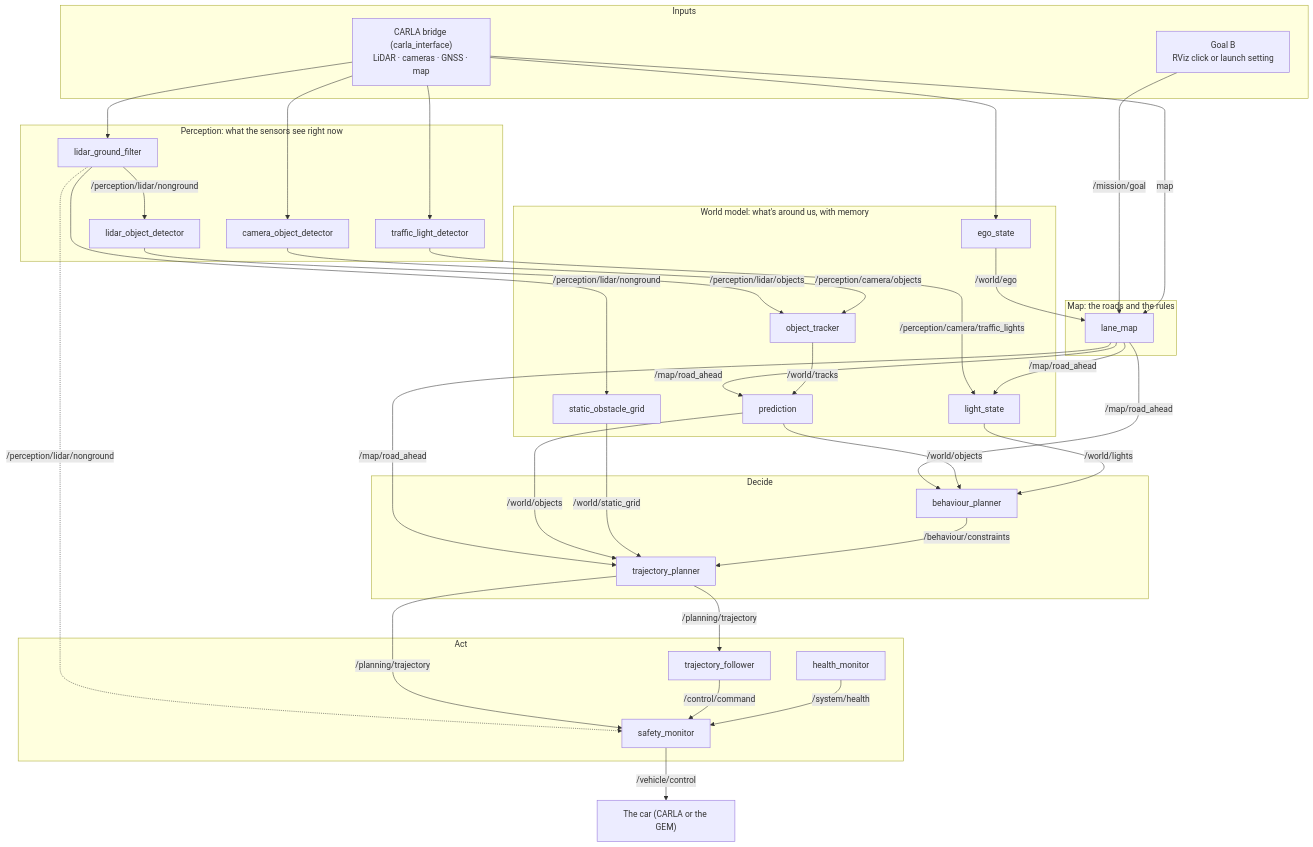
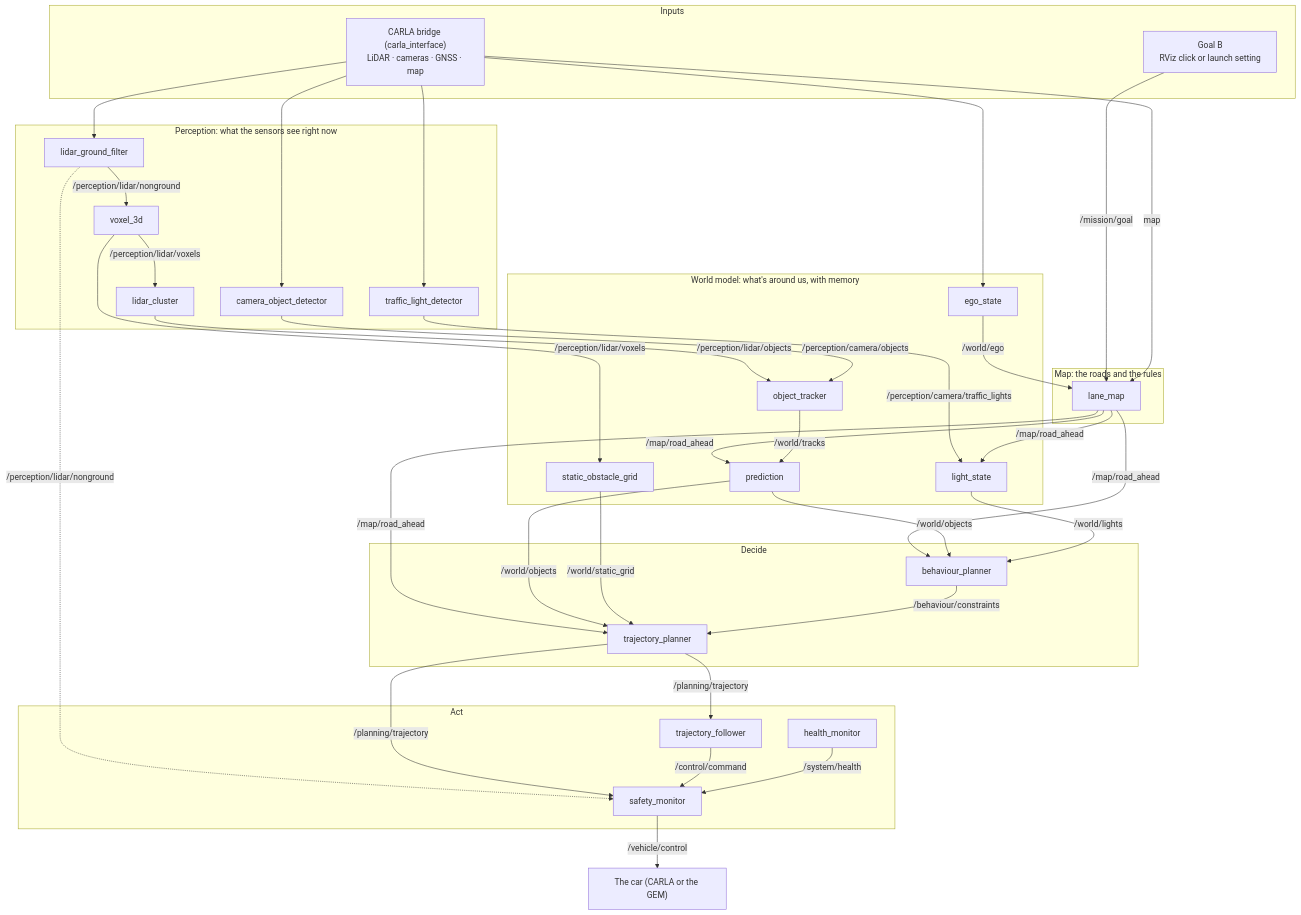
The diagram in src/README.md (Nova-UTD/navigator_2026), drawn with Mermaid before and after one commit. The commit also changed other lines of this file and 19 other files, not shown here.

````diff
--- a/src/README.md
+++ b/src/README.md
@@ -28,52 +25,54 @@
 ```mermaid
 flowchart TD
   subgraph IN["Inputs"]
     BR["CARLA bridge (carla_interface)<br/>LiDAR · cameras · GNSS · map"]
     GOAL["Goal B<br/>RViz click or launch setting"]
   end
   subgraph MAP["Map: the roads and the rules"]
     LM["lane_map"]
   end
   subgraph PER["Perception: what the sensors see right now"]
     GF["lidar_ground_filter"]
-    LOD["lidar_object_detector"]
+    VX["voxel_3d"]
+    LC["lidar_cluster"]
     COD["camera_object_detector"]
     TLD["traffic_light_detector"]
   end
   subgraph WM["World model: what's around us, with memory"]
     EGO["ego_state"]
     SG["static_obstacle_grid"]
     TR["object_tracker"]
     PR["prediction"]
     LS["light_state"]
   end
   subgraph DEC["Decide"]
     BH["behaviour_planner"]
     TP["trajectory_planner"]
   end
   subgraph ACT["Act"]
     TF["trajectory_follower"]
     SM["safety_monitor"]
     HM["health_monitor"]
   end
   CAR["The car (CARLA or the GEM)"]
   GOAL -->|/mission/goal| LM
   BR -->|map| LM
   BR --> GF & COD & TLD & EGO
   EGO -->|/world/ego| LM
-  GF -->|/perception/lidar/nonground| LOD & SG
+  GF -->|/perception/lidar/nonground| VX
+  VX -->|/perception/lidar/voxels| LC & SG
   GF -.->|/perception/lidar/nonground| SM
-  LOD -->|/perception/lidar/objects| TR
+  LC -->|/perception/lidar/objects| TR
   COD -->|/perception/camera/objects| TR
   TLD -->|/perception/camera/traffic_lights| LS
   LM -->|/map/road_ahead| LS & PR & BH & TP
   TR -->|/world/tracks| PR
   PR -->|/world/objects| BH & TP
   LS -->|/world/lights| BH
   SG -->|/world/static_grid| TP
   BH -->|/behaviour/constraints| TP
   TP -->|/planning/trajectory| TF & SM
   TF -->|/control/command| SM
   HM -->|/system/health| SM
   SM -->|/vehicle/control| CAR
 ```
````
